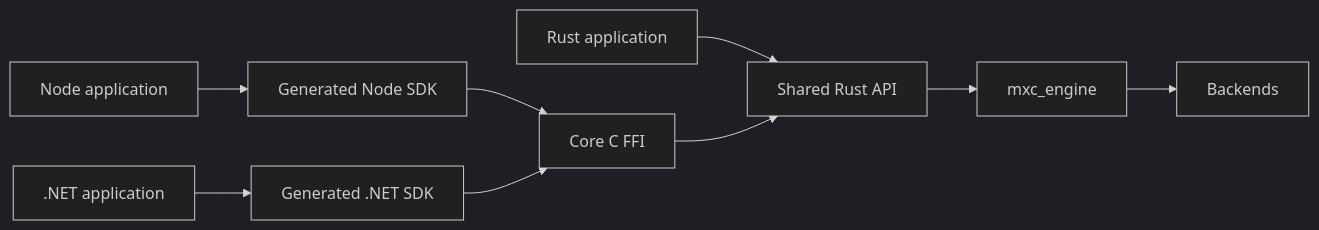
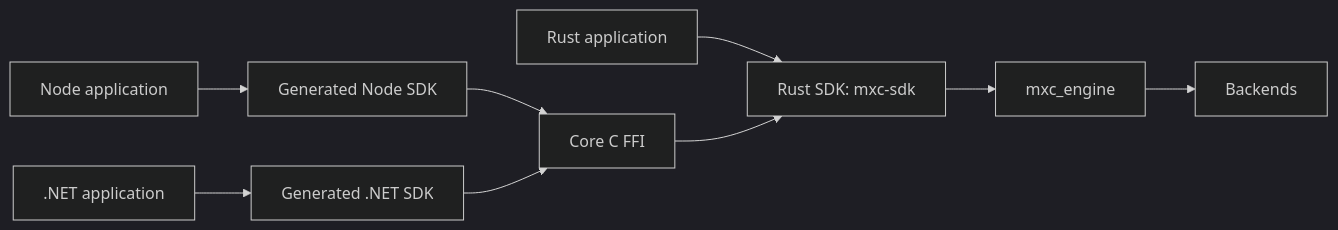
The first of 3 diagrams in docs/designs/SDK/README.md (microsoft/mxc), drawn with Mermaid (dark theme) before and after one commit. The commit also changed other lines of this file and 3 other files, not shown here.

````diff
--- a/docs/designs/SDK/README.md
+++ b/docs/designs/SDK/README.md
@@ -14,11 +14,11 @@
 ```mermaid
 flowchart LR
-    R[Rust application] --> RS[Shared Rust API]
+    R[Rust application] --> RS[Rust SDK: mxc-sdk]
     N[Node application] --> NS[Generated Node SDK]
     D[.NET application] --> DS[Generated .NET SDK]
     NS --> FFI[Core C FFI]
     DS --> FFI
     FFI --> RS
     RS --> E[mxc_engine]
     E --> B[Backends]
 ```
````
